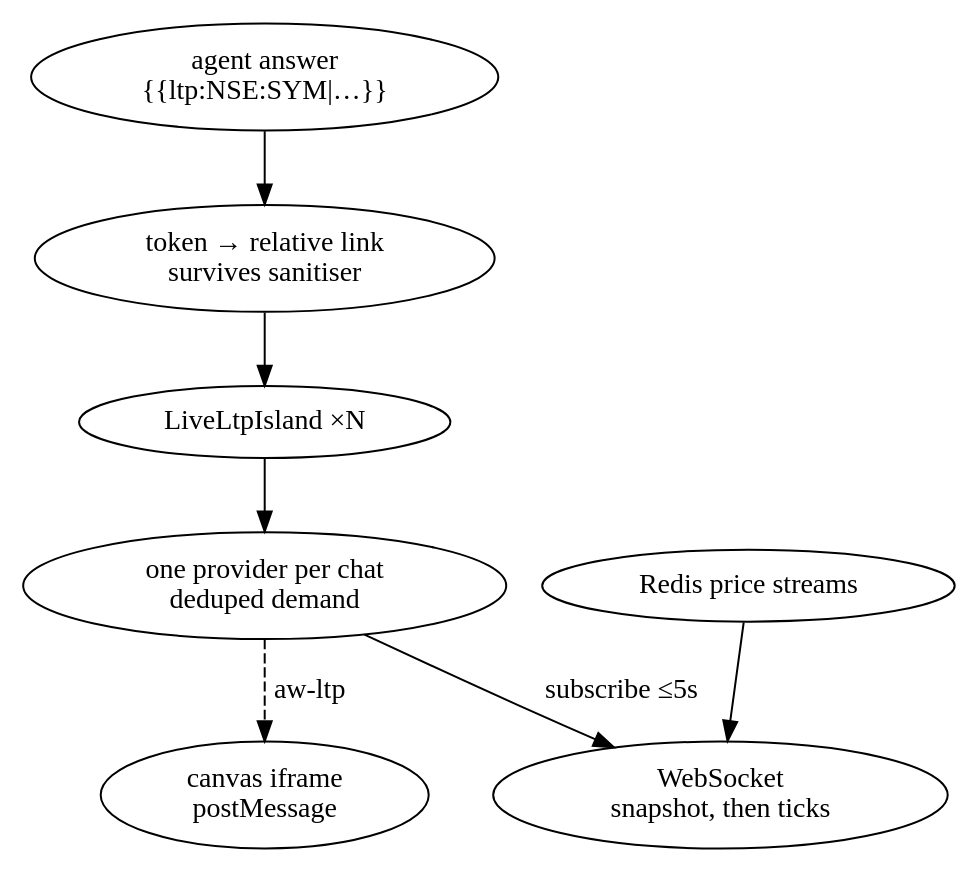
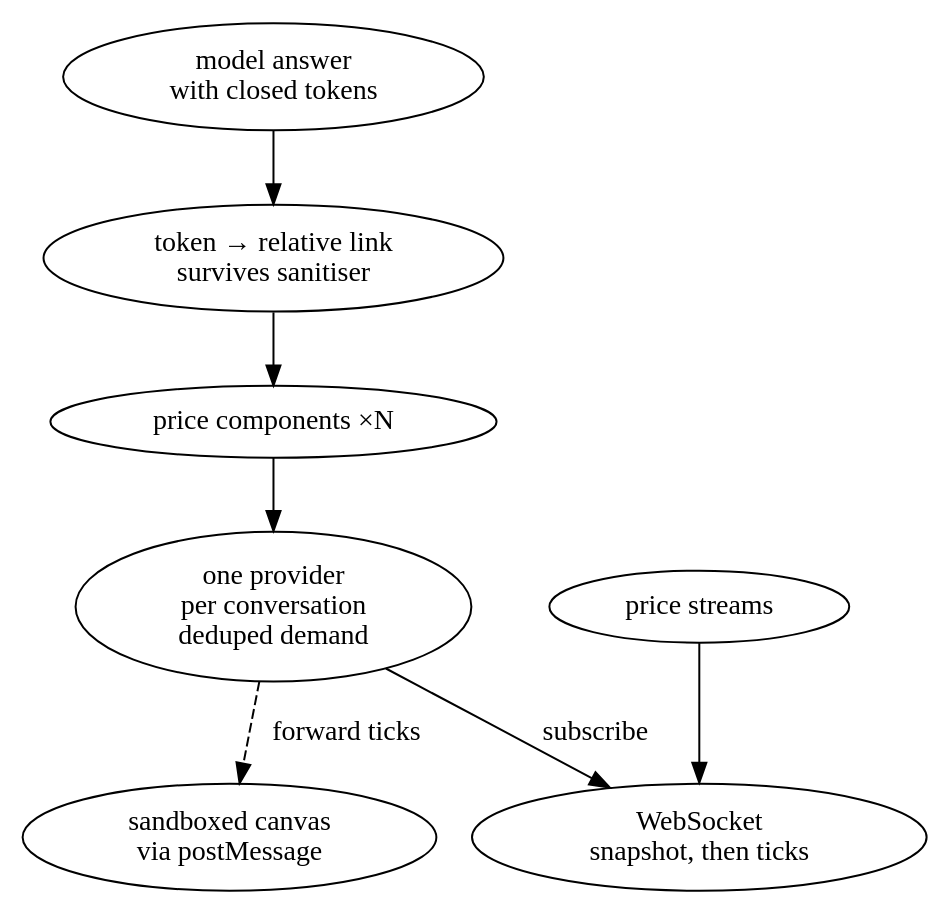
The diagram in src/assets/blog-diagrams/14-live-islands-static-reports-real-time-ui.dot (Shaunfurtado/Shaunfurtado.github.io), drawn with Graphviz before and after one commit. The commit also changed 31 other files, not shown here.

```diff
--- a/src/assets/blog-diagrams/14-live-islands-static-reports-real-time-ui.dot
+++ b/src/assets/blog-diagrams/14-live-islands-static-reports-real-time-ui.dot
@@ -1,14 +1,14 @@
 digraph islands {
 rankdir=TB;
-answer [label="agent answer\n{{ltp:NSE:SYM|…}}"];
+answer [label="model answer\nwith closed tokens"];
 md [label="token → relative link\nsurvives sanitiser"];
-island [label="LiveLtpIsland ×N"];
-prov [label="one provider per chat\ndeduped demand", class="key"];
+island [label="price components ×N"];
+prov [label="one provider\nper conversation\ndeduped demand", class="key"];
 ws [label="WebSocket\nsnapshot, then ticks"];
-redis [label="Redis price streams", class="ghost"];
-frame [label="canvas iframe\npostMessage"];
+feed [label="price streams", class="ghost"];
+frame [label="sandboxed canvas\nvia postMessage"];
 answer -> md -> island -> prov;
-prov -> ws [label="subscribe ≤5s"];
-redis -> ws;
-prov -> frame [label="aw-ltp", style=dashed];
+prov -> ws [label="subscribe"];
+feed -> ws;
+prov -> frame [label="forward ticks", style=dashed];
 }
```
